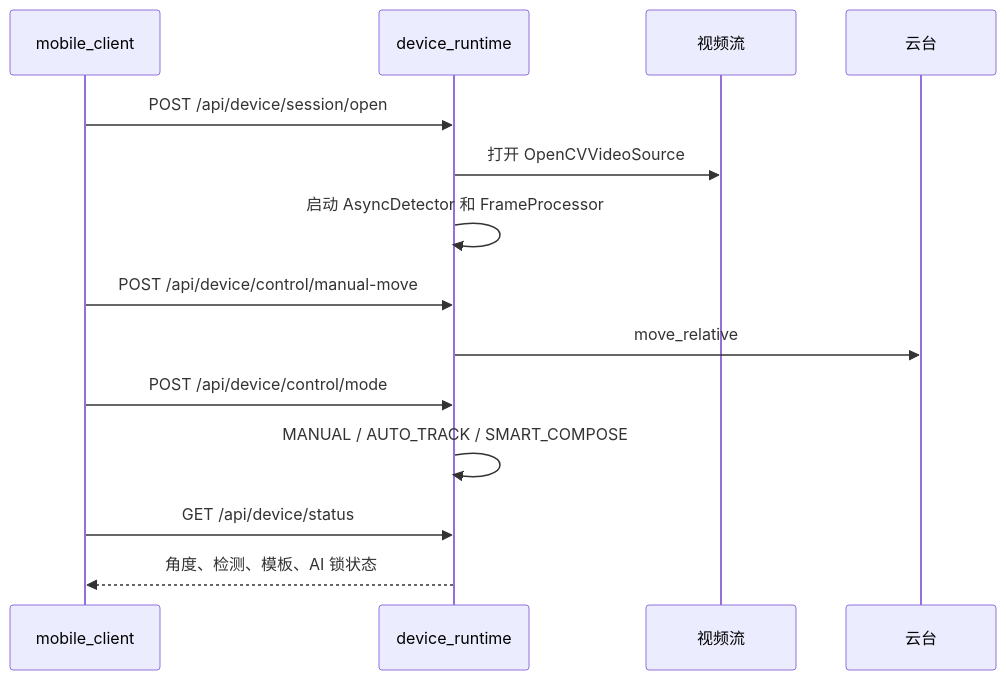
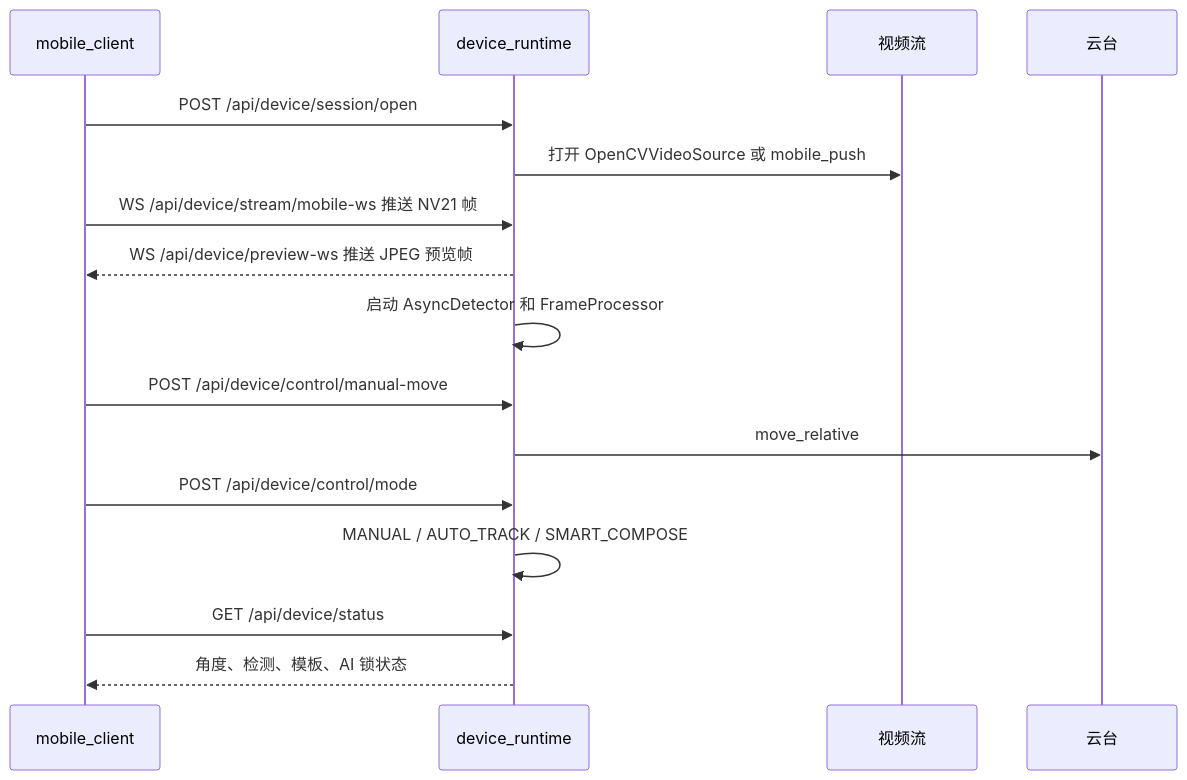
One commit to LiPeiCong60/Camera-Assistant-System changed the fourth of 7 diagrams in docs/项目总览与架构说明.md. Above: the diagram before and after it, drawn with Mermaid. The commit also changed other lines of this file and 11 other files, not shown here.

Commit message:
Improve mobile device streaming and controls

````diff
--- a/docs/项目总览与架构说明.md
+++ b/docs/项目总览与架构说明.md
@@ -127,17 +127,19 @@
 ```mermaid
 sequenceDiagram
     participant M as mobile_client
     participant D as device_runtime
     participant V as 视频流
     participant G as 云台
 
     M->>D: POST /api/device/session/open
-    D->>V: 打开 OpenCVVideoSource
+    D->>V: 打开 OpenCVVideoSource 或 mobile_push
+    M->>D: WS /api/device/stream/mobile-ws 推送 NV21 帧
+    D-->>M: WS /api/device/preview-ws 推送 JPEG 预览帧
     D->>D: 启动 AsyncDetector 和 FrameProcessor
     M->>D: POST /api/device/control/manual-move
     D->>G: move_relative
     M->>D: POST /api/device/control/mode
     D->>D: MANUAL / AUTO_TRACK / SMART_COMPOSE
     M->>D: GET /api/device/status
     D-->>M: 角度、检测、模板、AI 锁状态
 ```
````
